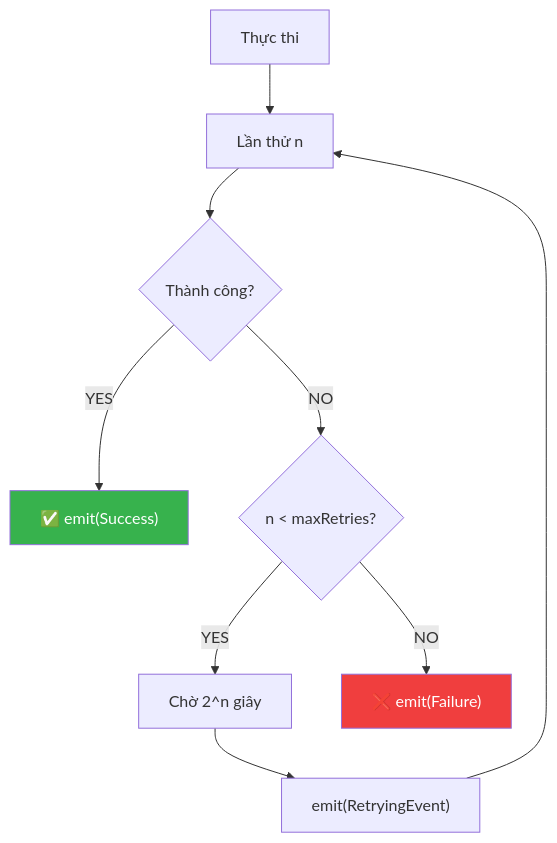
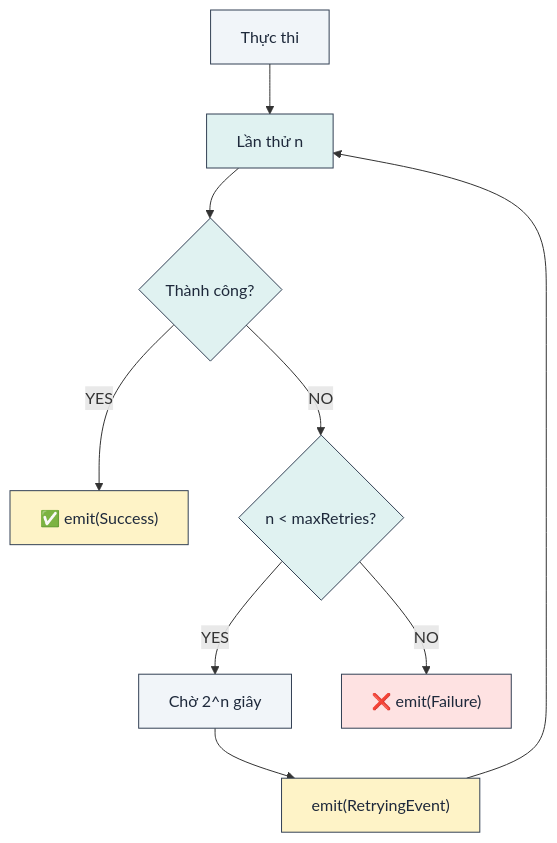
The sixth of 16 diagrams in book/vi/chapters/05_advanced_patterns.md (lploc94/flutter_orchestrator), drawn with Mermaid before and after one commit. The commit also changed other lines of this file and 4 other files, not shown here.

````diff
--- a/book/vi/chapters/05_advanced_patterns.md
+++ b/book/vi/chapters/05_advanced_patterns.md
@@ -119,17 +146,23 @@
 ```mermaid
 flowchart TD
     Start["Thực thi"] --> Try["Lần thử n"]
     Try --> Success{"Thành công?"}
     
     Success -->|"YES"| Done["✅ emit(Success)"]
     Success -->|"NO"| CanRetry{"n < maxRetries?"}
     
     CanRetry -->|"YES"| Wait["Chờ 2^n giây"]
     Wait --> Notify["emit(RetryingEvent)"]
     Notify --> Try
     
     CanRetry -->|"NO"| Fail["❌ emit(Failure)"]
     
-    style Done fill:#37b24d,color:#fff
-    style Fail fill:#f03e3e,color:#fff
+    style Start fill:#f1f5f9,stroke:#334155,color:#1e293b
+    style Try fill:#e0f2f1,stroke:#334155,color:#1e293b
+    style Success fill:#e0f2f1,stroke:#334155,color:#1e293b
+    style Done fill:#fef3c7,stroke:#334155,color:#1e293b
+    style CanRetry fill:#e0f2f1,stroke:#334155,color:#1e293b
+    style Wait fill:#f1f5f9,stroke:#334155,color:#1e293b
+    style Notify fill:#fef3c7,stroke:#334155,color:#1e293b
+    style Fail fill:#fee2e2,stroke:#334155,color:#1e293b
 ```
````
